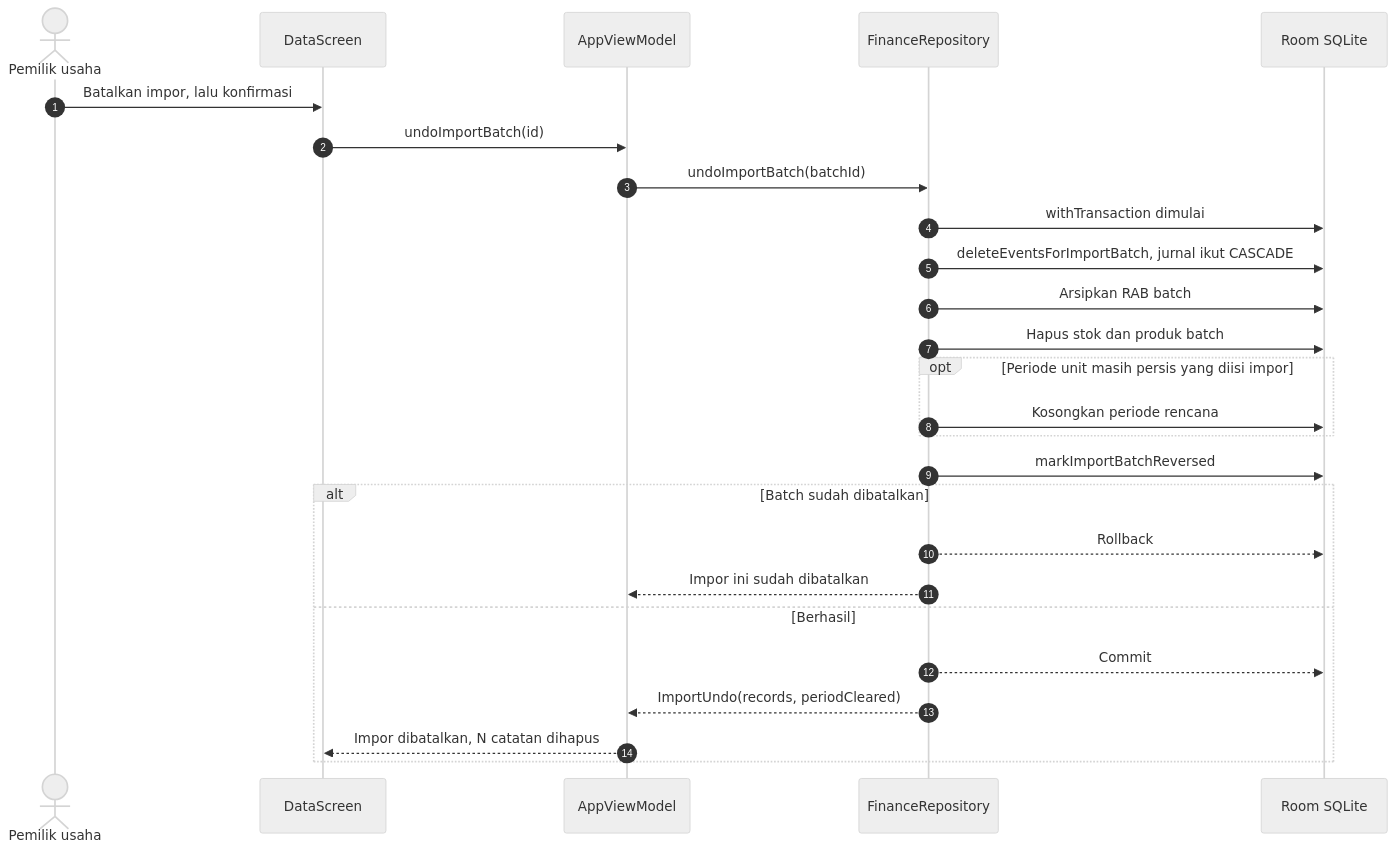
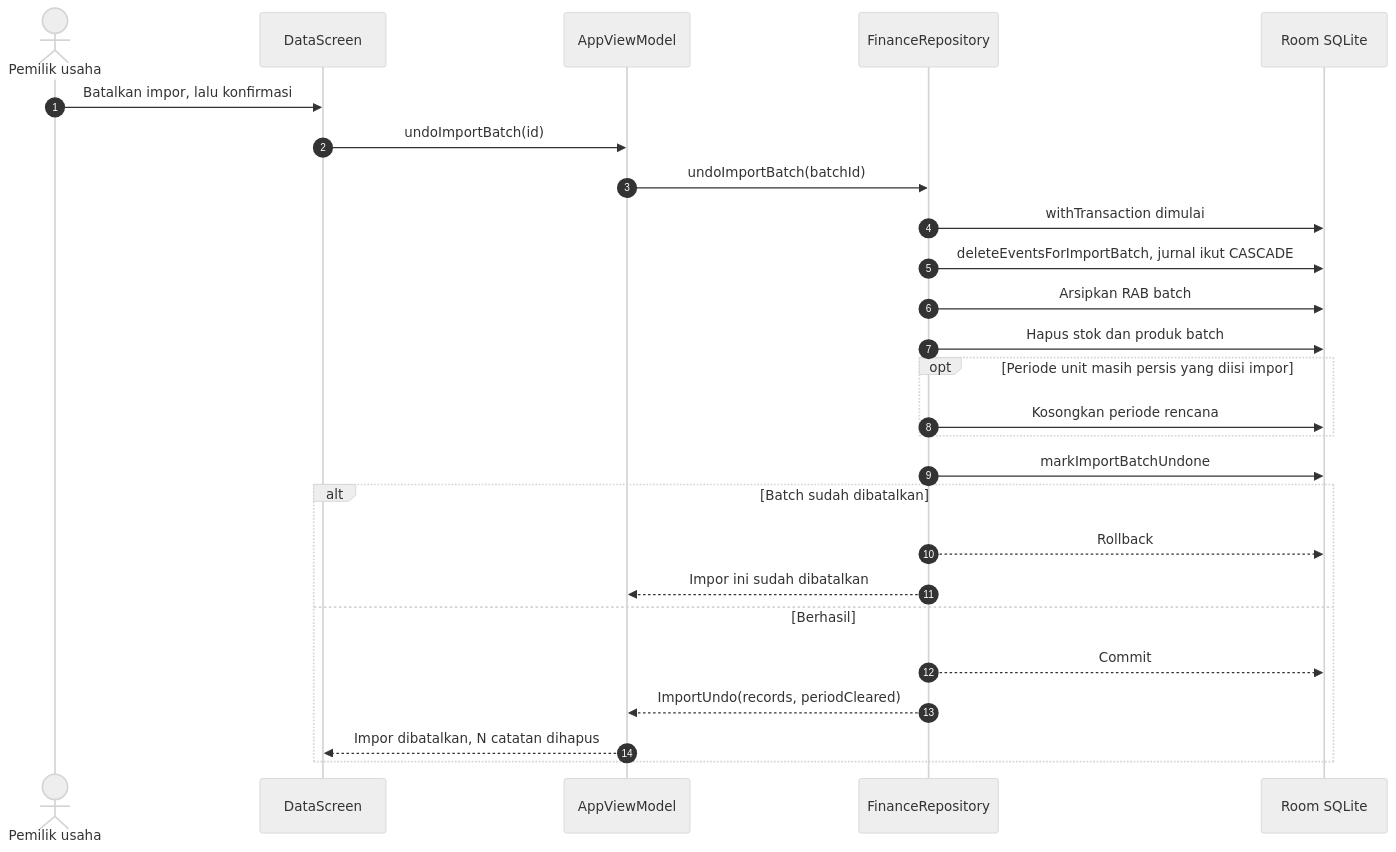
One commit to adsurkasur/Mankeu changed the third of 3 diagrams in docs/diagrams/08_sequence_diagram.md. Above: the diagram before and after it, drawn with Mermaid (neutral theme). The commit also changed 50 other files, not shown here.

First line of the commit message:
docs(mankeu): clean up stale docs and comments to match schema 11

````diff
--- a/docs/diagrams/08_sequence_diagram.md
+++ b/docs/diagrams/08_sequence_diagram.md
@@ -95,29 +95,29 @@
 ```mermaid
 sequenceDiagram
     autonumber
     actor Owner as Pemilik usaha
     participant Data as DataScreen
     participant VM as AppViewModel
     participant Repo as FinanceRepository
     participant Db as Room SQLite
 
     Owner->>Data: Batalkan impor, lalu konfirmasi
     Data->>VM: undoImportBatch(id)
     VM->>Repo: undoImportBatch(batchId)
     Repo->>Db: withTransaction dimulai
     Repo->>Db: deleteEventsForImportBatch, jurnal ikut CASCADE
     Repo->>Db: Arsipkan RAB batch
     Repo->>Db: Hapus stok dan produk batch
     opt Periode unit masih persis yang diisi impor
         Repo->>Db: Kosongkan periode rencana
     end
-    Repo->>Db: markImportBatchReversed
+    Repo->>Db: markImportBatchUndone
     alt Batch sudah dibatalkan
         Repo-->>Db: Rollback
         Repo-->>VM: Impor ini sudah dibatalkan
     else Berhasil
         Repo-->>Db: Commit
         Repo-->>VM: ImportUndo(records, periodCleared)
         VM-->>Data: Impor dibatalkan, N catatan dihapus
     end
 ```
````
